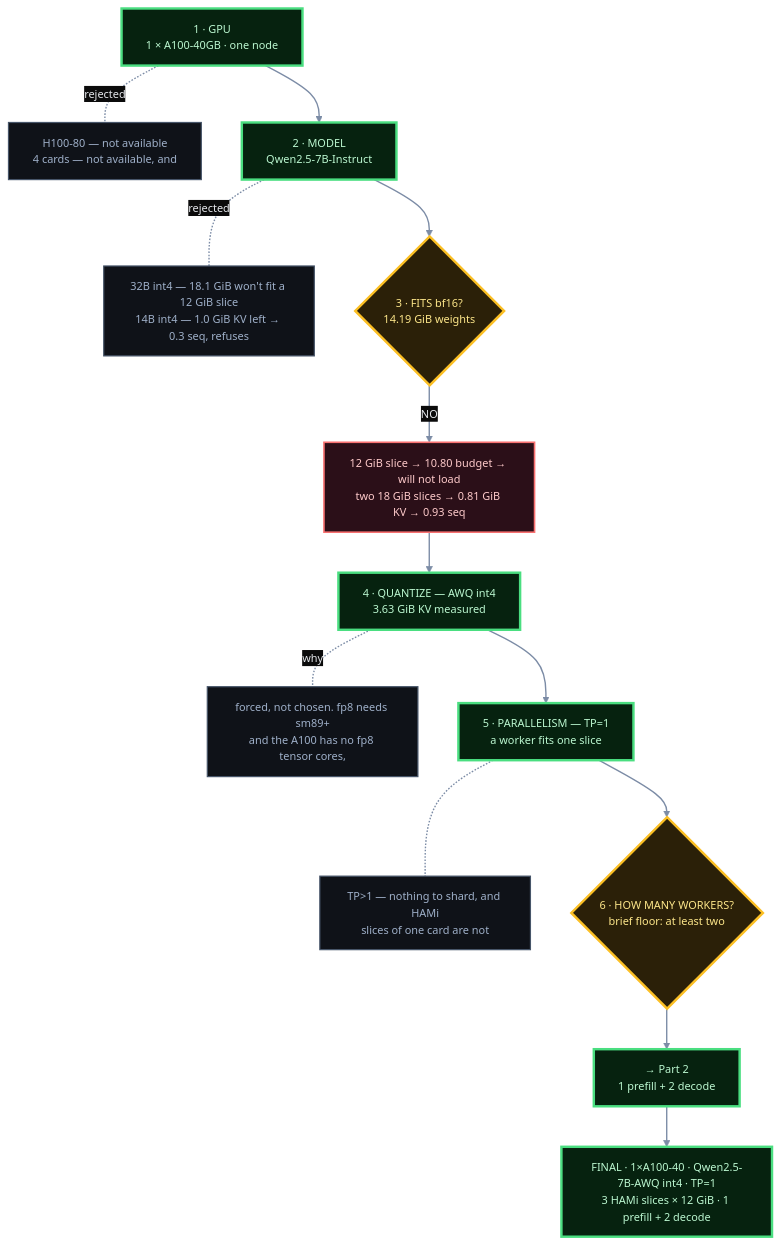
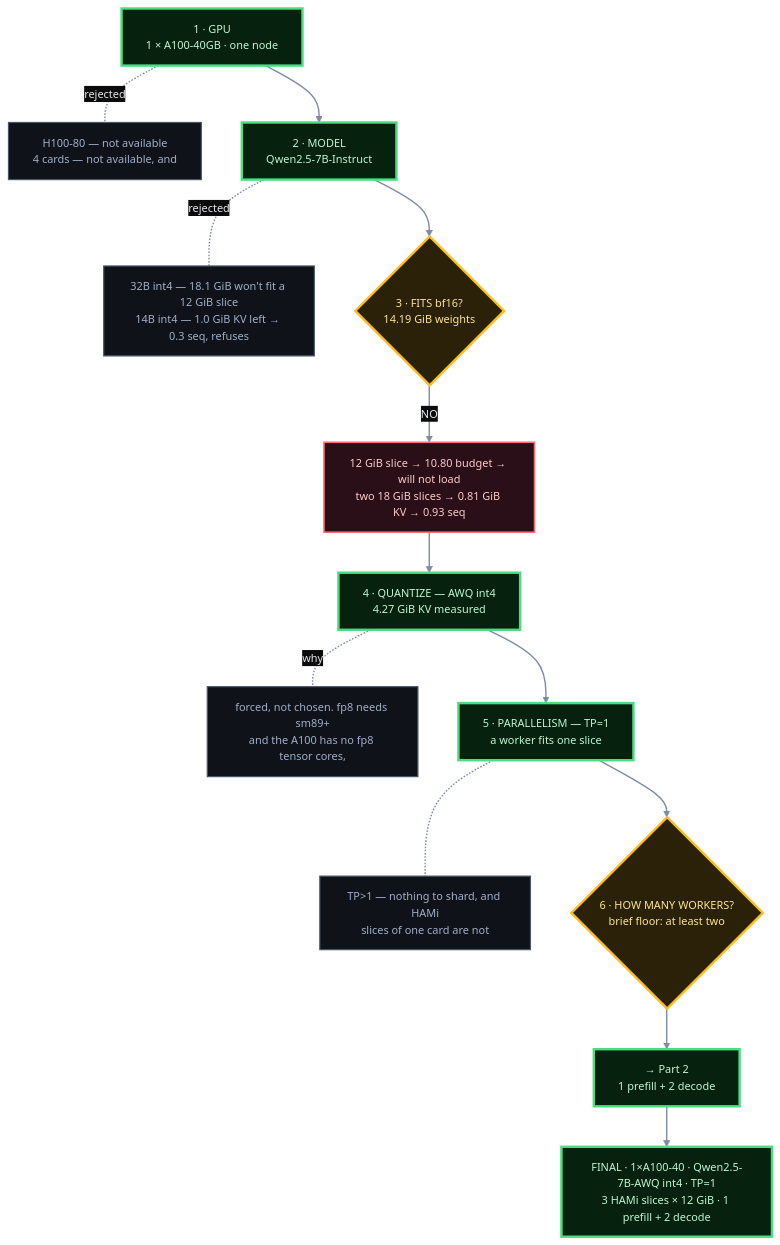
One commit to harshuljain13/Dodona changed the third of 7 diagrams in SUBMISSION.md. Above: the diagram before and after it, drawn with Mermaid. The commit also changed other lines of this file and 2 other files, not shown here.

````diff
--- a/SUBMISSION.md
+++ b/SUBMISSION.md
@@ -408,68 +414,68 @@
 ```mermaid
 %%{init: {'theme':'base','themeVariables':{
   'darkMode':true,'background':'#0B0B0B',
   'fontFamily':'Helvetica, Arial, sans-serif','fontSize':'13.5px',
   'primaryColor':'#111827','primaryTextColor':'#E5E7EB','primaryBorderColor':'#475569',
   'lineColor':'#7C8CA6','textColor':'#E5E7EB','titleColor':'#E5E7EB',
   'clusterBkg':'#0F1218','clusterBorder':'#263142','edgeLabelBackground':'#0B0B0B'
 }}}%%
 flowchart TD
     G["1 · GPU<br/>1 × A100-40GB · one node"]
     GX["H100-80 — not available<br/>4 cards — not available, and"]
 
     M["2 · MODEL<br/>Qwen2.5-7B-Instruct"]
     MX["32B int4 — 18.1 GiB won't fit a 12 GiB slice<br/>14B int4 — 1.0 GiB KV left → 0.3 seq, refuses"]
 
     F{"3 · FITS bf16?<br/>14.19 GiB weights"}
     FX["12 GiB slice → 10.80 budget → will not load<br/>two 18 GiB slices → 0.81 GiB KV → 0.93 seq"]
 
-    Q["4 · QUANTIZE — AWQ int4<br/>3.63 GiB KV measured"]
+    Q["4 · QUANTIZE — AWQ int4<br/>4.27 GiB KV measured"]
     QX["forced, not chosen. fp8 needs sm89+<br/>and the A100 has no fp8 tensor cores,"]
 
     P["5 · PARALLELISM — TP=1<br/>a worker fits one slice"]
     PX["TP>1 — nothing to shard, and HAMi<br/>slices of one card are not"]
 
     R{"6 · HOW MANY WORKERS?<br/>brief floor: at least two"}
     TOPO["→ Part 2<br/>1 prefill + 2 decode"]
 
     FIN["FINAL · 1×A100-40 · Qwen2.5-7B-AWQ int4 · TP=1<br/>3 HAMi slices × 12 GiB · 1 prefill + 2 decode"]
 
     G --> M --> F
     F -->|"NO"| FX
     FX --> Q --> P --> R --> TOPO ==> FIN
 
     G -.-|"rejected"| GX
     M -.-|"rejected"| MX
     Q -.-|"why"| QX
     P -.- PX
 
     class G,M,Q,P,TOPO,FIN pick
     class F,R gate
     class FX dead
     class GX,MX,QX,PX note
 
     classDef actor    fill:#2B0F18,stroke:#FB7185,stroke-width:2px,color:#FECDD3
     classDef input    fill:#2B0F18,stroke:#FB7185,stroke-width:2px,color:#FECDD3
     classDef ext      fill:#1E1033,stroke:#C084FC,stroke-width:2px,color:#E9D5FF
     classDef accent   fill:#1E1033,stroke:#C084FC,stroke-width:2px,color:#E9D5FF
     classDef ours     fill:#0C1A33,stroke:#60A5FA,stroke-width:2px,color:#DBEAFE
     classDef primary  fill:#0C1A33,stroke:#60A5FA,stroke-width:2px,color:#DBEAFE
     classDef alt      fill:#0C1A33,stroke:#60A5FA,stroke-width:2px,color:#DBEAFE
     classDef gate     fill:#2B2008,stroke:#FBBF24,stroke-width:3px,color:#FDE68A
     classDef decision fill:#2B2008,stroke:#FBBF24,stroke-width:3px,color:#FDE68A
     classDef engine   fill:#06220F,stroke:#4ADE80,stroke-width:2px,color:#BBF7D0
     classDef secondary fill:#06220F,stroke:#4ADE80,stroke-width:2px,color:#BBF7D0
     classDef store    fill:#2A1405,stroke:#FB923C,stroke-width:2px,color:#FED7AA
     classDef data     fill:#2A1405,stroke:#FB923C,stroke-width:2px,color:#FED7AA
     classDef lib      fill:#13163A,stroke:#818CF8,stroke-width:2px,color:#C7D2FE
     classDef highlight fill:#13163A,stroke:#818CF8,stroke-width:2px,color:#C7D2FE
     classDef obs      fill:#0F172A,stroke:#94A3B8,stroke-width:2px,color:#CBD5E1
     classDef neutral  fill:#0F172A,stroke:#94A3B8,stroke-width:2px,color:#CBD5E1
     classDef overflow fill:#2A0F2A,stroke:#E879F9,stroke-width:2px,color:#F5D0FE
     classDef out      fill:#04302B,stroke:#22D3EE,stroke-width:2.5px,color:#A5F3FC
     classDef success  fill:#04302B,stroke:#22D3EE,stroke-width:2.5px,color:#A5F3FC
     classDef pick     fill:#06220F,stroke:#4ADE80,stroke-width:3px,color:#BBF7D0
     classDef dead     fill:#2B0F18,stroke:#F87171,stroke-width:2px,color:#FECACA
     classDef note     fill:#0F1218,stroke:#475569,stroke-width:1.5px,color:#9FB0C9
     linkStyle default stroke:#7C8CA6,stroke-width:1.7px
 ```
````
